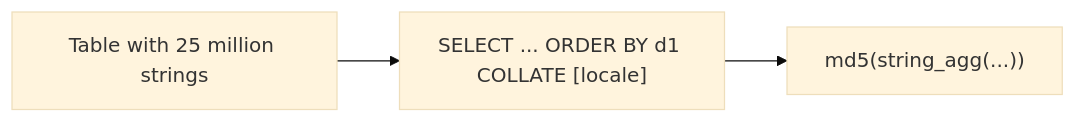
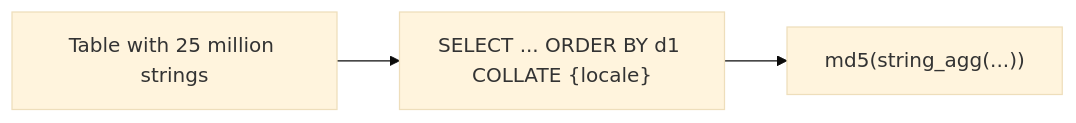
The diagram in README.md (ardentperf/glibc-unicode-sorting), drawn with Mermaid (base theme) before and after one commit.

Commit message:
Use braces for Mermaid locale placeholder

````diff
--- a/README.md
+++ b/README.md
@@ -4,5 +4,5 @@
 ```mermaid
 flowchart LR
-    A["Table with 25 million strings"] --> B["SELECT ... ORDER BY d1 COLLATE [locale]"]
+    A["Table with 25 million strings"] --> B["SELECT ... ORDER BY d1 COLLATE {locale}"]
     B --> C["md5(string_agg(...))"]
 ```
````
